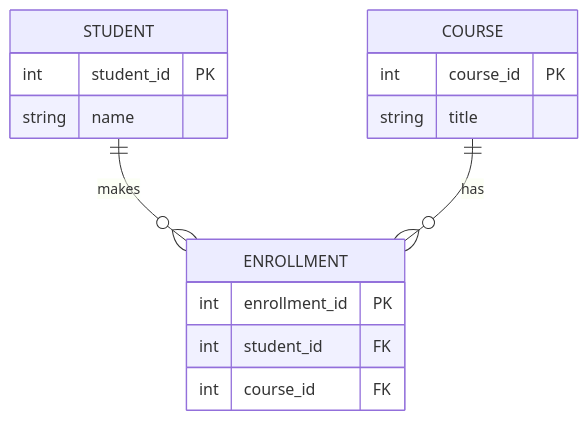
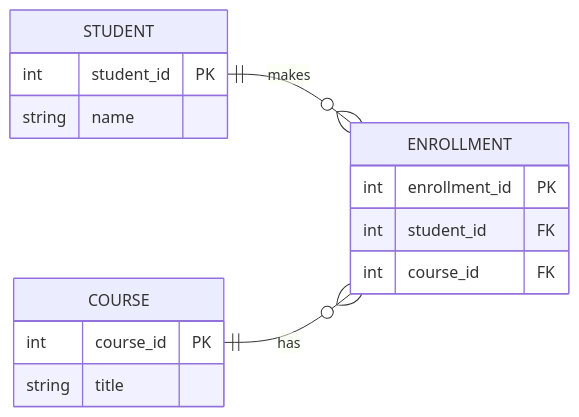
One commit to devomh/comp4098-2026 changed the first of 3 diagrams in week_01/w01_l02_concept_relational_model.md. Above: the diagram before and after it, drawn with Mermaid. The commit also changed other lines of this file and 3 other files, not shown here.

````diff
--- a/week_01/w01_l02_concept_relational_model.md
+++ b/week_01/w01_l02_concept_relational_model.md
@@ -82,18 +86,19 @@
 ```mermaid
 erDiagram
+    direction LR
     STUDENT {
         int student_id PK
         string name
     }
     ENROLLMENT {
         int enrollment_id PK
         int student_id FK
         int course_id FK
     }
     COURSE {
         int course_id PK
         string title
     }
     STUDENT ||--o{ ENROLLMENT : "makes"
     COURSE ||--o{ ENROLLMENT : "has"
 ```
````
